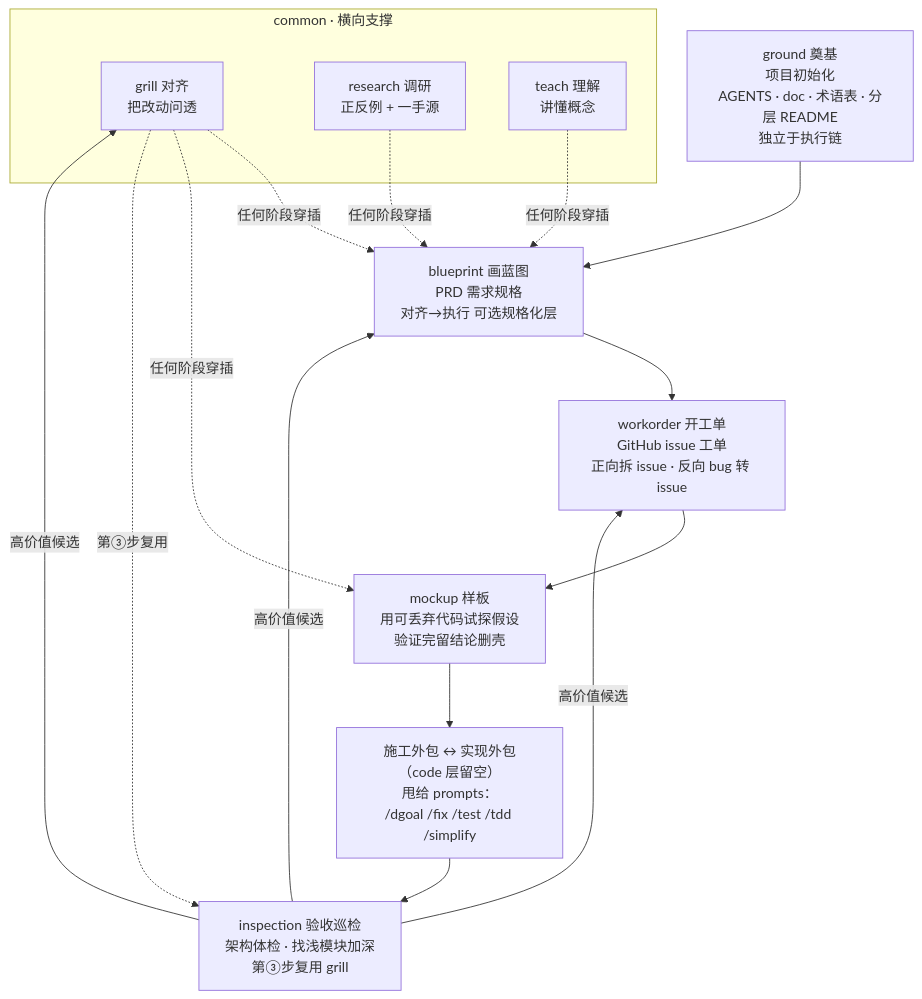
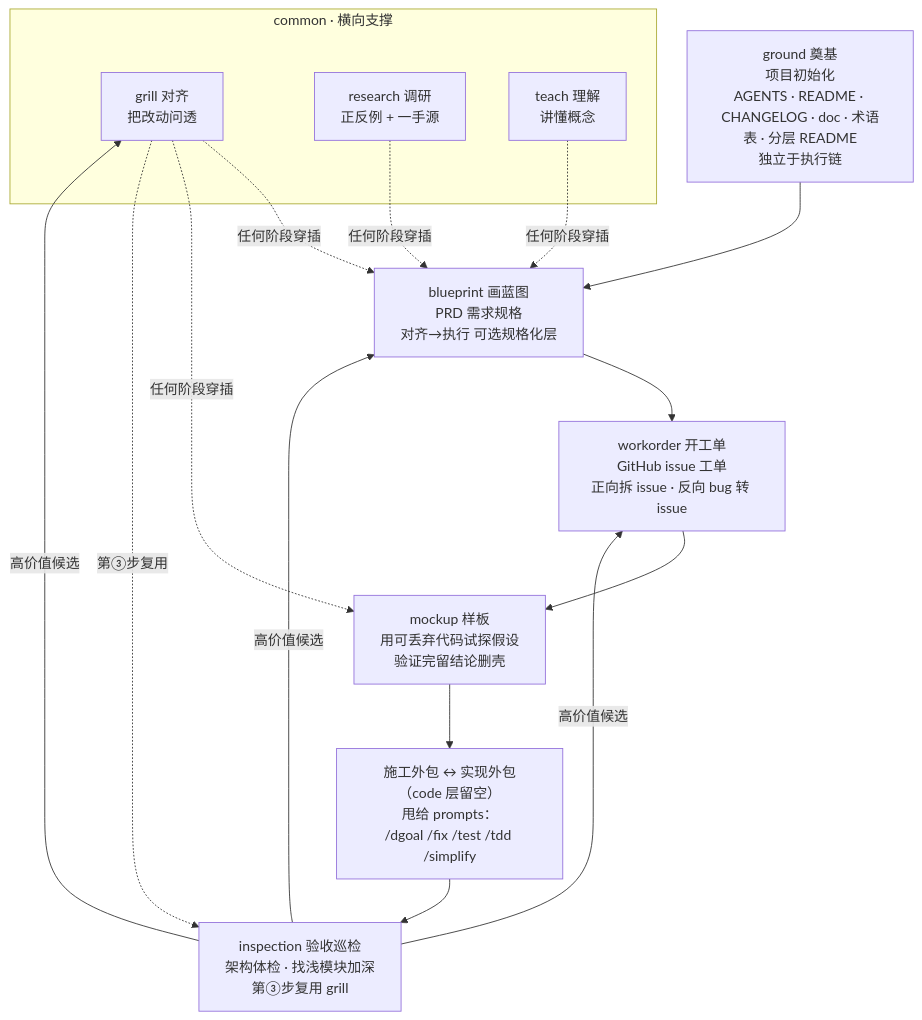
One commit to ssdiwu/507-skills changed the diagram in code/README.md. Above: the diagram before and after it, drawn with Mermaid. The commit also changed other lines of this file and 4 other files, not shown here.

````diff
--- a/code/README.md
+++ b/code/README.md
@@ -132,34 +132,34 @@
 ```mermaid
 flowchart TD
     subgraph common[common · 横向支撑]
         grill["grill 对齐<br/>把改动问透"]
         research["research 调研<br/>正反例 + 一手源"]
         teach["teach 理解<br/>讲懂概念"]
     end
 
-    ground["ground 奠基<br/>项目初始化<br/>AGENTS · doc · 术语表 · 分层 README<br/>独立于执行链"]
+    ground["ground 奠基<br/>项目初始化<br/>AGENTS · README · CHANGELOG · doc · 术语表 · 分层 README<br/>独立于执行链"]
     ground --> blueprint
 
     blueprint["blueprint 画蓝图<br/>PRD 需求规格<br/>对齐→执行 可选规格化层"]
     blueprint --> workorder
 
     workorder["workorder 开工单<br/>GitHub issue 工单<br/>正向拆 issue · 反向 bug 转 issue"]
     workorder --> mockup
 
     mockup["mockup 样板<br/>用可丢弃代码试探假设<br/>验证完留结论删壳"]
     mockup --> 实现外包
 
     实现外包["施工外包 ↔ 实现外包（code 层留空）<br/>甩给 prompts：<br/>/dgoal /fix /test /tdd /simplify"]
     实现外包 --> inspection
 
     inspection["inspection 验收巡检<br/>架构体检 · 找浅模块加深<br/>第③步复用 grill"]
     inspection -->|高价值候选| grill
     inspection -->|高价值候选| blueprint
     inspection -->|高价值候选| workorder
 
     grill -.任何阶段穿插.-> blueprint
     grill -.任何阶段穿插.-> mockup
     research -.任何阶段穿插.-> blueprint
     teach -.任何阶段穿插.-> blueprint
     grill -.第③步复用.-> inspection
 ```
````
